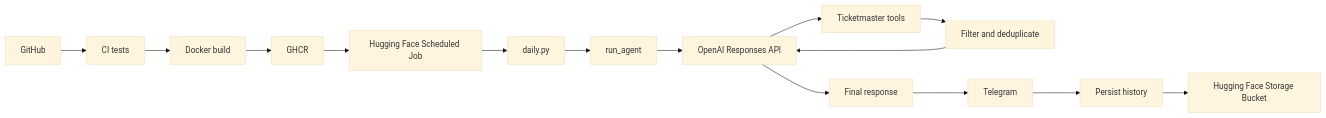
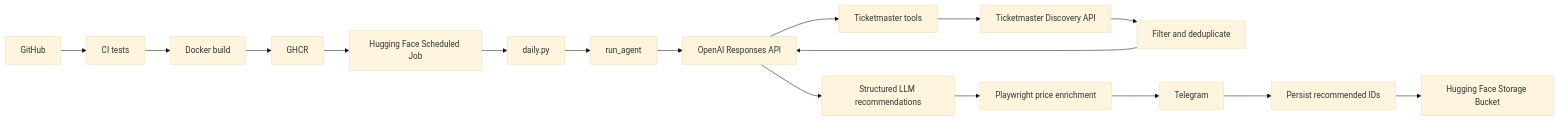
Before and after one commit to michalmarczuk/event-agent: the diagram in docs/ARCHITECTURE.md, drawn with Mermaid (base theme). The commit also changed other lines of this file and 9 other files, not shown here.

````diff
--- a/docs/ARCHITECTURE.md
+++ b/docs/ARCHITECTURE.md
@@ -9,17 +9,19 @@
 ```mermaid
 flowchart LR
     G[GitHub] --> C[CI tests]
     C --> B[Docker build]
     B --> R[GHCR]
     R --> J[Hugging Face Scheduled Job]
     J --> D[daily.py]
     D --> A[run_agent]
     A --> O[OpenAI Responses API]
     O --> T[Ticketmaster tools]
-    T --> F[Filter and deduplicate]
+    T --> API[Ticketmaster Discovery API]
+    API --> F[Filter and deduplicate]
     F --> O
-    O --> P[Final response]
-    P --> TG[Telegram]
-    TG --> H[Persist history]
+    O --> P[Structured LLM recommendations]
+    P --> E[Playwright price enrichment]
+    E --> TG[Telegram]
+    TG --> H[Persist recommended IDs]
     H --> S[Hugging Face Storage Bucket]
 ```
````
